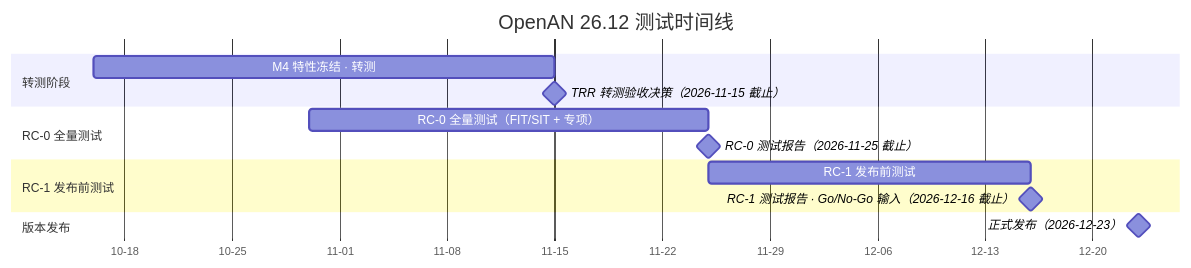
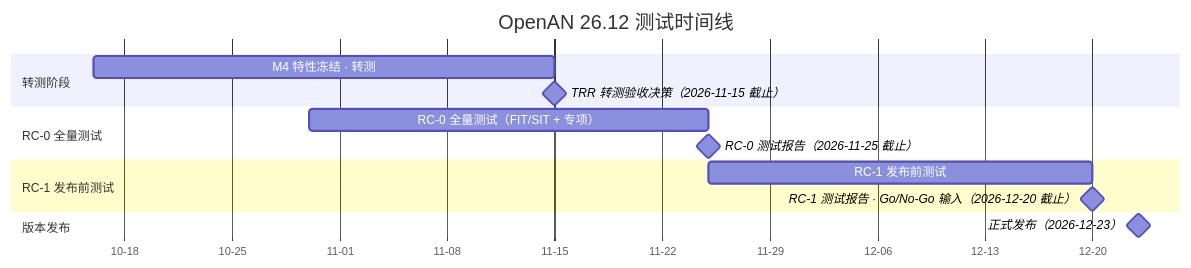
One commit to XunliYang/e2e-test changed the first of 2 diagrams in docs/openan-integration-testing-wg-homepage.md. Above: the diagram before and after it, drawn with Mermaid. The commit also changed other lines of this file and 1 other file, not shown here.

First line of the commit message:
docs: extend RC-1 gantt to Dec 20 and simplify timeline note

````diff
--- a/docs/openan-integration-testing-wg-homepage.md
+++ b/docs/openan-integration-testing-wg-homepage.md
@@ -33,22 +33,22 @@
 ```mermaid
 gantt
     title OpenAN 26.12 测试时间线
     dateFormat YYYY-MM-DD
     axisFormat %m-%d
     todayMarker off
 
     section 转测阶段
     M4 特性冻结 · 转测    :m4, 2026-10-16, 30d
     TRR 转测验收决策（2026-11-15 截止）                              :milestone, m4_trr, 2026-11-15, 0d
 
     section RC-0 全量测试
     RC-0 全量测试（FIT/SIT + 专项）   :r0, 2026-10-30, 26d
     RC-0 测试报告（2026-11-25 截止）                                 :milestone, r0_report, 2026-11-25, 0d
 
     section RC-1 发布前测试
-    RC-1 发布前测试      :r1, 2026-11-25, 21d
-    RC-1 测试报告 · Go/No-Go 输入（2026-12-16 截止）                 :milestone, r1_report, 2026-12-16, 0d
+    RC-1 发布前测试      :r1, 2026-11-25, 25d
+    RC-1 测试报告 · Go/No-Go 输入（2026-12-20 截止）                 :milestone, r1_report, 2026-12-20, 0d
 
     section 版本发布
     正式发布（2026-12-23）                                      :milestone, release, 2026-12-23, 0d
 ```
````
